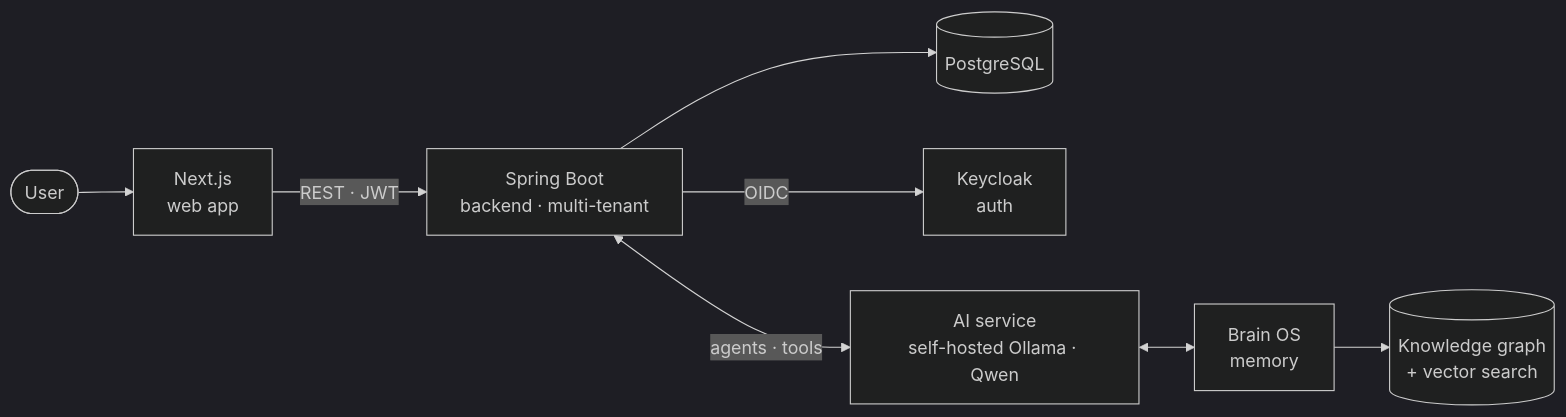
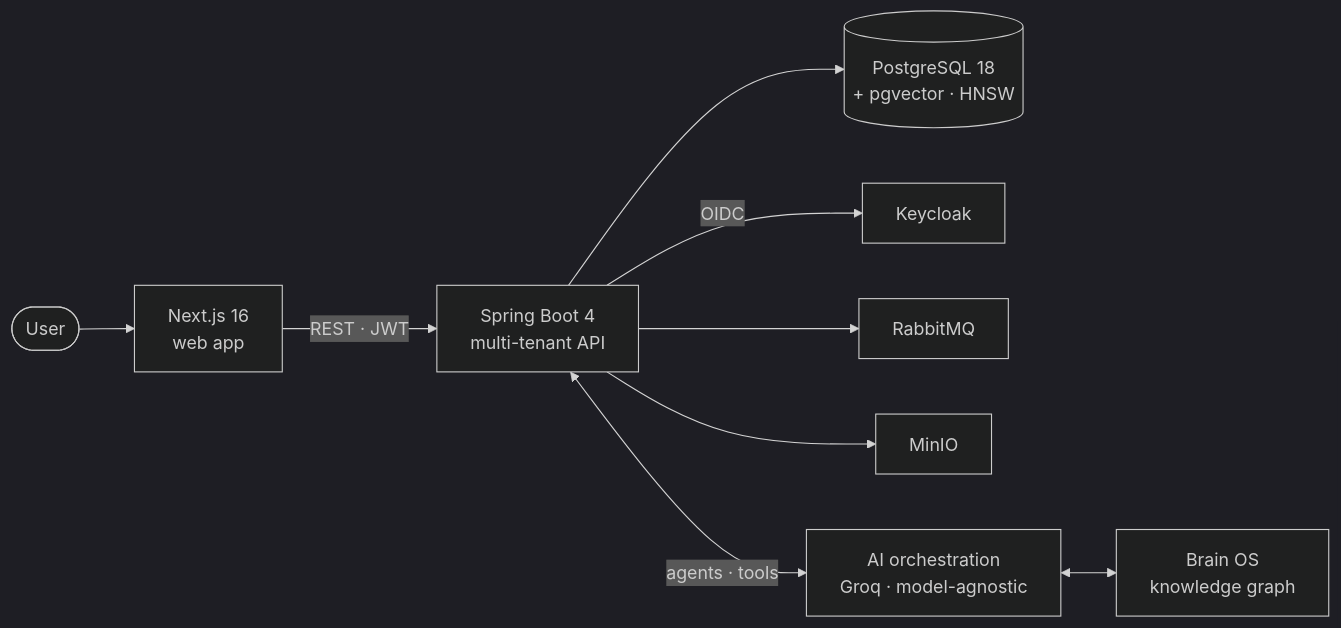
The first of 2 diagrams in README.md (Miche1-Pierre/Miche1-Pierre), drawn with Mermaid before and after one commit. The commit also changed other lines of this file, not shown here.

First line of the commit message:
projects: reflect the real Taskforce (AI Delivery OS) + Brain OS R&D lab

````diff
--- a/README.md
+++ b/README.md
@@ -84,11 +80,12 @@
 ```mermaid
 %%{init: {'theme':'dark'}}%%
 flowchart LR
-    U([User]) --> FE["Next.js<br/>web app"]
-    FE -->|"REST · JWT"| BE["Spring Boot<br/>backend · multi-tenant"]
-    BE --> DB[("PostgreSQL")]
-    BE -->|OIDC| KC["Keycloak<br/>auth"]
-    BE <-->|"agents · tools"| AI["AI service<br/>self-hosted Ollama · Qwen"]
-    AI <--> BOS["Brain OS<br/>memory"]
-    BOS --> KG[("Knowledge graph<br/>+ vector search")]
+    U([User]) --> FE["Next.js 16<br/>web app"]
+    FE -->|"REST · JWT"| BE["Spring Boot 4<br/>multi-tenant API"]
+    BE --> DB[("PostgreSQL 18<br/>+ pgvector · HNSW")]
+    BE -->|OIDC| KC["Keycloak"]
+    BE --> MQ["RabbitMQ"]
+    BE --> OBJ["MinIO"]
+    BE <-->|"agents · tools"| AI["AI orchestration<br/>Groq · model-agnostic"]
+    AI <--> BOS["Brain OS<br/>knowledge graph"]
 ```
````
